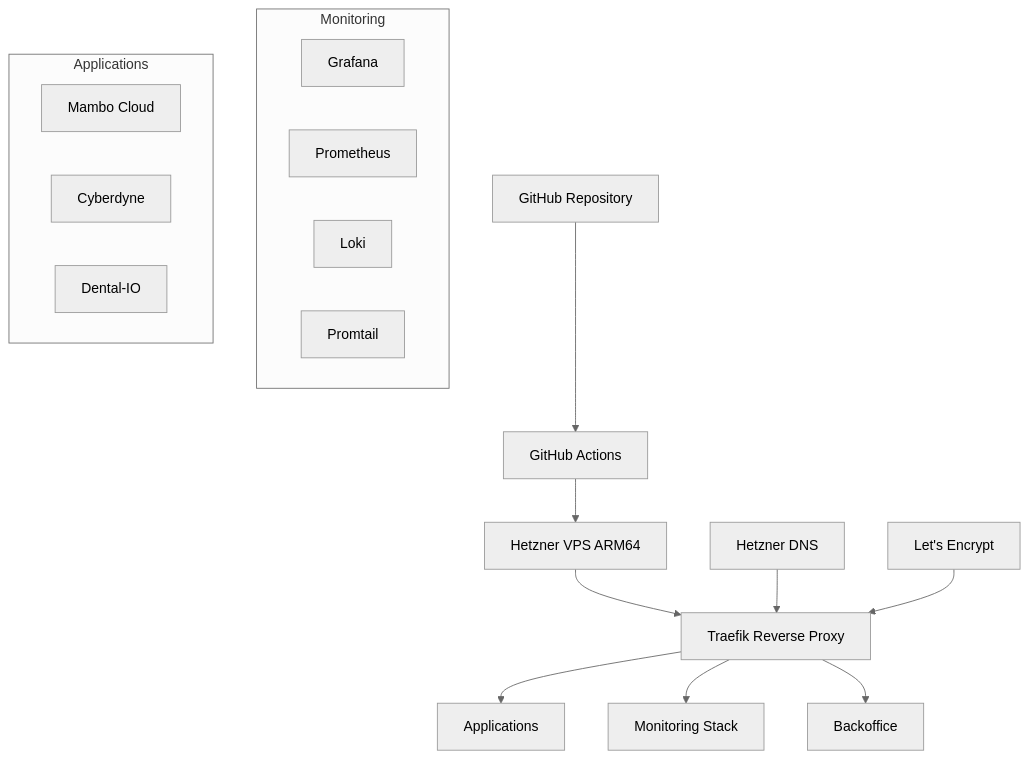
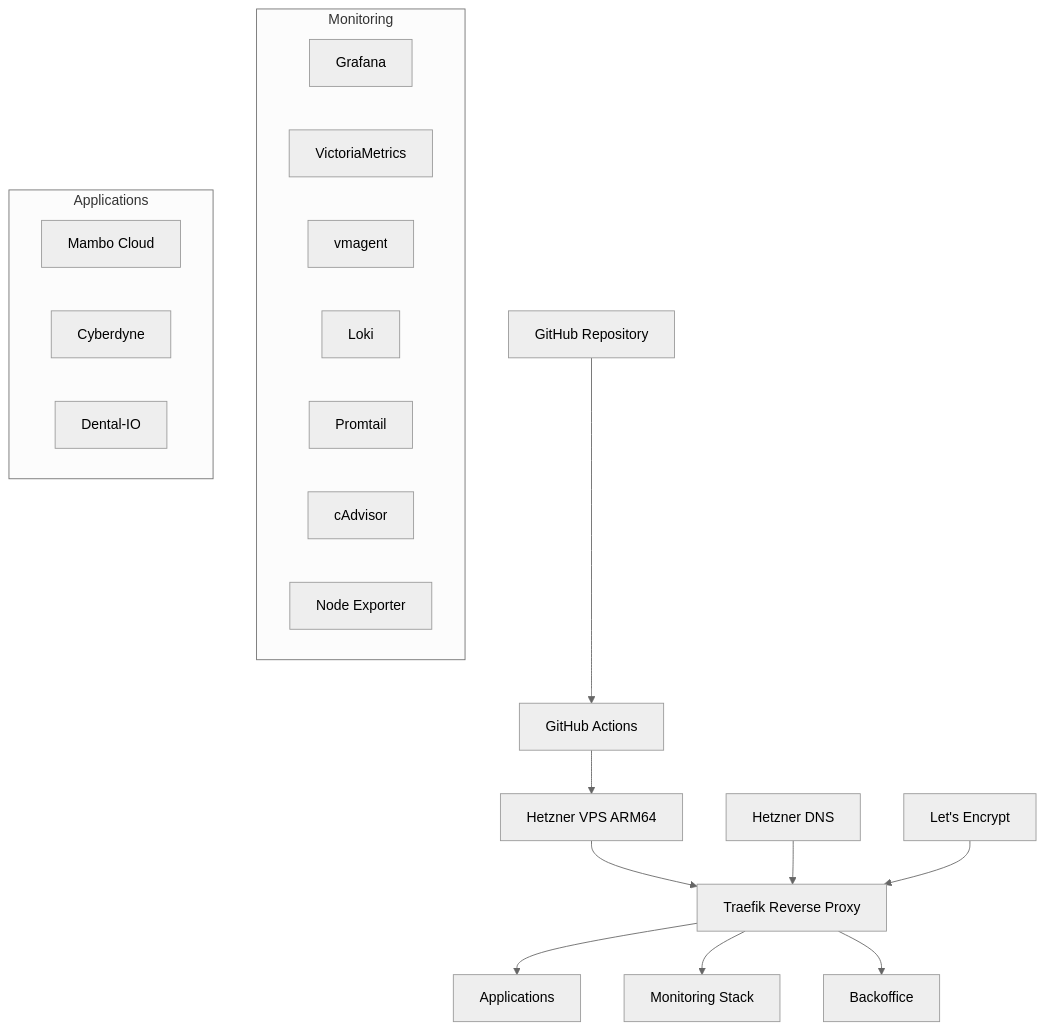
The diagram in README.md (TechnoSpartan/iac-code-spartan), drawn with Mermaid (neutral theme) before and after one commit. The commit also changed other lines of this file and 10 other files, not shown here.

````diff
--- a/README.md
+++ b/README.md
@@ -30,25 +30,28 @@
 ```mermaid
 graph TD
     A[GitHub Repository] --> B[GitHub Actions]
     B --> C[Hetzner VPS ARM64]
     C --> D[Traefik Reverse Proxy]
     D --> E[Applications]
     D --> F[Monitoring Stack]
     D --> G[Backoffice]
     
     H[Hetzner DNS] --> D
     I[Let's Encrypt] --> D
     
     subgraph "Monitoring"
         F1[Grafana]
-        F2[Prometheus]
-        F3[Loki]
-        F4[Promtail]
+        F2[VictoriaMetrics]
+        F3[vmagent]
+        F4[Loki]
+        F5[Promtail]
+        F6[cAdvisor]
+        F7[Node Exporter]
     end
     
     subgraph "Applications"
         E1[Mambo Cloud]
         E2[Cyberdyne]
         E3[Dental-IO]
     end
 ```
````
